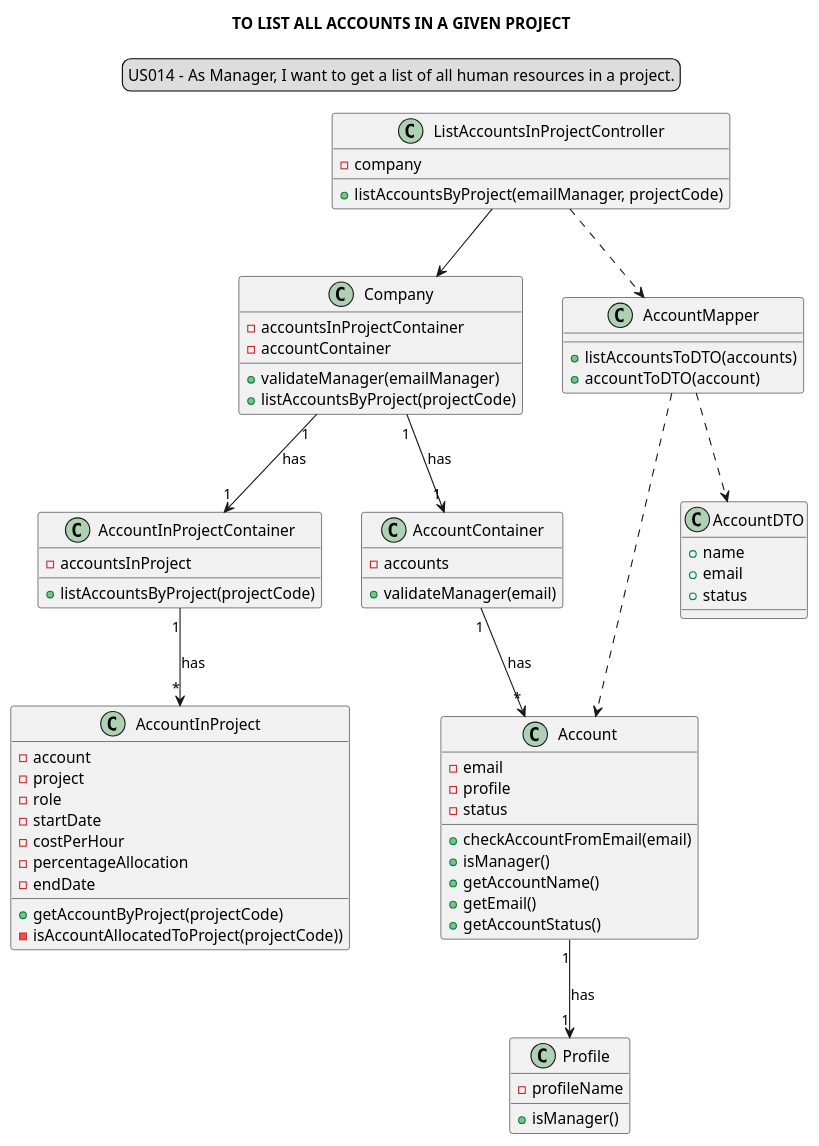
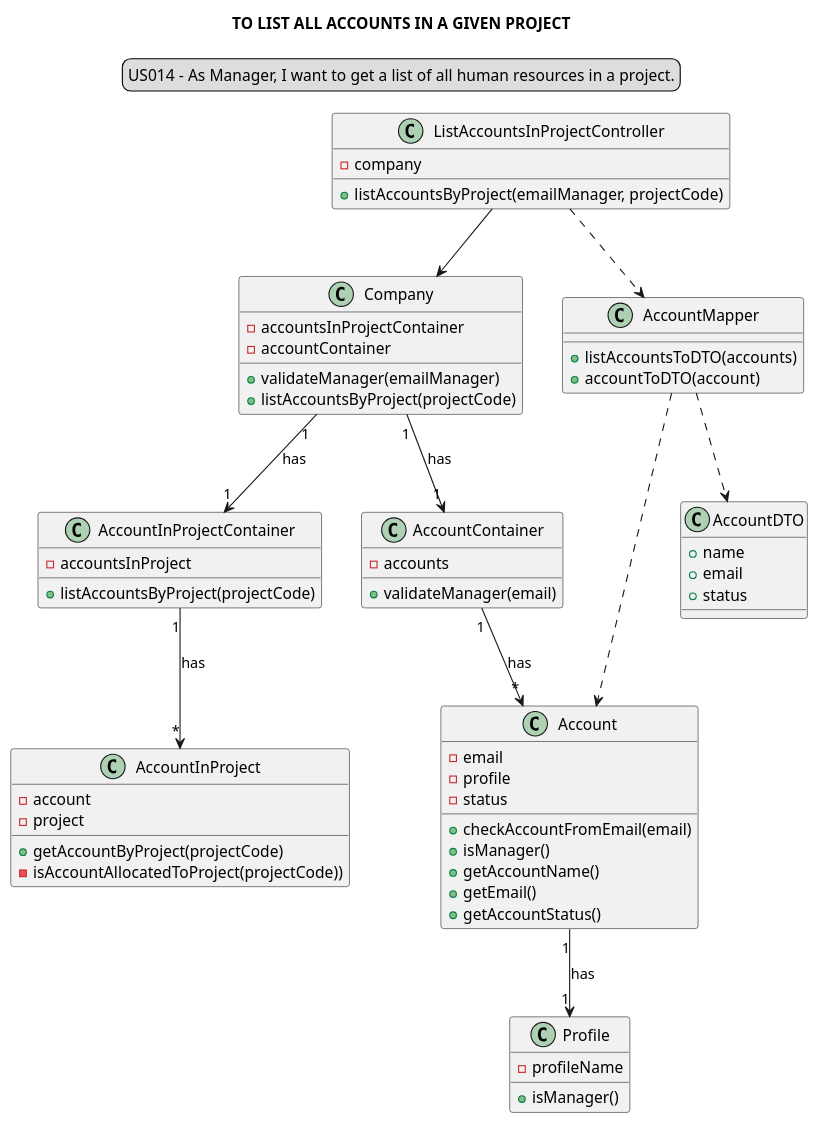
The diagram in docs/modelling_design/user_stories/sprint02/us014/US014_classDiagram.puml (Loracline/project_switch_22-23), drawn with PlantUML before and after one commit. The commit also changed 2 other files, not shown here.

Commit message:
US 014 : Design  : refinement of class Diagram

```diff
--- a/docs/modelling_design/user_stories/sprint02/us014/US014_classDiagram.puml
+++ b/docs/modelling_design/user_stories/sprint02/us014/US014_classDiagram.puml
@@ -1,77 +1,72 @@
 @startuml
 skinparam sequenceMessageAlign center
 title TO LIST ALL ACCOUNTS IN A GIVEN PROJECT
 legend top
 US014 - As Manager, I want to get a list of all human resources in a project.
 end legend
 class "ListAccountsInProjectController" {
 -company
 +listAccountsByProject(emailManager, projectCode)
 }
 
 class "Company"{
 -accountsInProjectContainer
 -accountContainer
 +validateManager(emailManager)
 +listAccountsByProject(projectCode)
 }
 
 class "AccountInProjectContainer"{
 -accountsInProject
 +listAccountsByProject(projectCode)
 }
 
 class "AccountInProject"{
 -account
 -project
--role
--startDate
--costPerHour
--percentageAllocation
--endDate
 +getAccountByProject(projectCode)
 -isAccountAllocatedToProject(projectCode))
 }
 
 class "AccountContainer" {
 -accounts
 +validateManager(email)
 }
 
 class "Account" {
 -email
 -profile
 -status
 +checkAccountFromEmail(email)
 +isManager()
 +getAccountName()
 +getEmail()
 +getAccountStatus()
 }
 
 class "Profile"{
 -profileName
 +isManager()
 }
 
 class "AccountMapper"{
 +listAccountsToDTO(accounts)
 +accountToDTO(account)
 }
 
 class "AccountDTO"{
 +name
 +email
 +status
 }
 
 "ListAccountsInProjectController" --> "Company"
 "ListAccountsInProjectController" ..> "AccountMapper"
 "Company" "1"-->"1" "AccountInProjectContainer": has
 "Company" "1" --> "1" "AccountContainer": has
 "AccountContainer" "1" --> "*" "Account": has
 "Account" "1" --> "1""Profile": has
 "AccountMapper" ..> "AccountDTO"
 "AccountInProjectContainer" "1" --> "*" "AccountInProject": has
 "AccountMapper"..>"Account"
 @enduml
```
